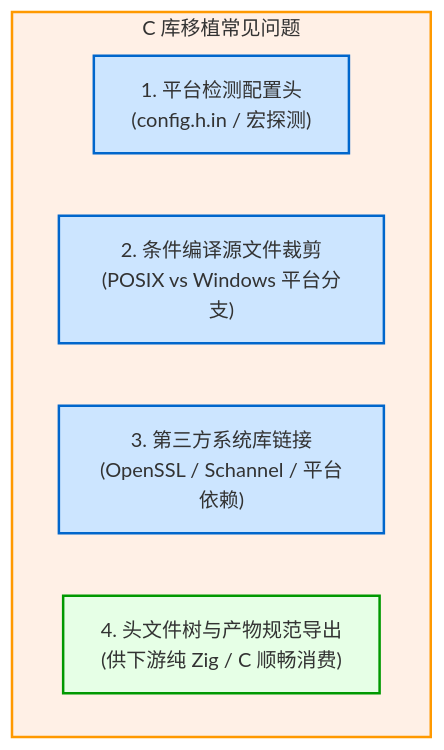
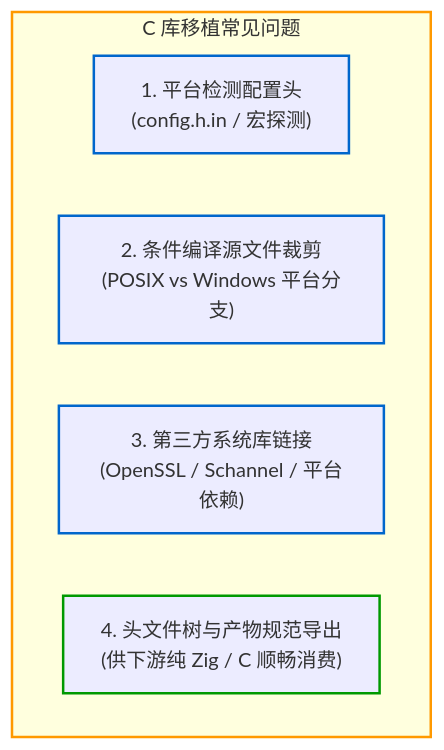
The diagram in zig-build/src/practices/practice-porting-c-library.md (jiacai2050/x), drawn with Mermaid before and after one commit. The commit also changed 65 other files, not shown here.

````diff
--- a/zig-build/src/practices/practice-porting-c-library.md
+++ b/zig-build/src/practices/practice-porting-c-library.md
@@ -21,16 +21,16 @@
 ```mermaid
 graph TD
     subgraph S_Challenge ["C 库移植常见问题"]
         C_Cfg["1. 平台检测配置头<br/>(config.h.in / 宏探测)"]
         C_Src["2. 条件编译源文件裁剪<br/>(POSIX vs Windows 平台分支)"]
         C_Tls["3. 第三方系统库链接<br/>(OpenSSL / Schannel / 平台依赖)"]
         C_Exp["4. 头文件树与产物规范导出<br/>(供下游纯 Zig / C 顺畅消费)"]
     end
 
-    classDef default fill:#f8f9fa,stroke:#495057;
-    style S_Challenge fill:#fff0e6,stroke:#ff9900,stroke-width:2px;
-    style C_Cfg fill:#cce5ff,stroke:#0066cc,stroke-width:2px;
-    style C_Src fill:#cce5ff,stroke:#0066cc,stroke-width:2px;
-    style C_Tls fill:#cce5ff,stroke:#0066cc,stroke-width:2px;
-    style C_Exp fill:#e6ffe6,stroke:#009900,stroke-width:2px;
+    classDef default stroke:#495057;
+    style S_Challenge stroke:#ff9900,stroke-width:2px;
+    style C_Cfg stroke:#0066cc,stroke-width:2px;
+    style C_Src stroke:#0066cc,stroke-width:2px;
+    style C_Tls stroke:#0066cc,stroke-width:2px;
+    style C_Exp stroke:#009900,stroke-width:2px;
 ```
````
